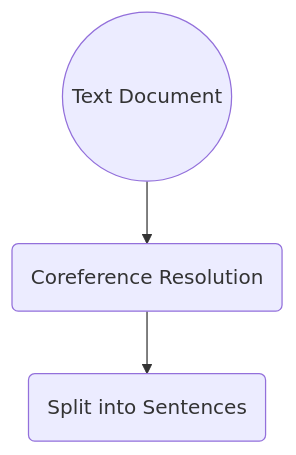
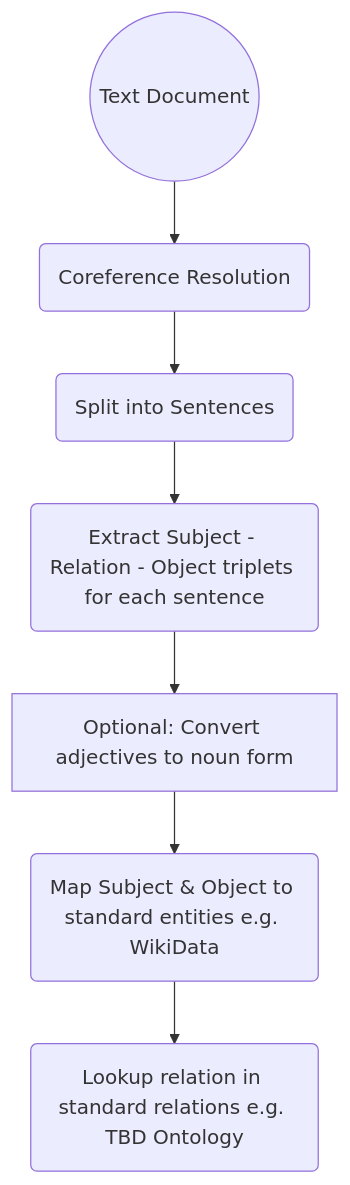
Before and after one commit to sunnymax2002/machine-reasoning: the diagram in README.md, drawn with Mermaid. The commit also changed 1 other file, not shown here.

Commit message:
minor edit

````diff
--- a/README.md
+++ b/README.md
@@ -12,6 +12,9 @@
 ```mermaid
 flowchart TD
     A((Text Document)) --> B(Coreference Resolution)
     B --> C(Split into Sentences)
-    
+    C --> D(Extract Subject - Relation - Object triplets for each sentence)
+    D --> E[Optional: Convert adjectives to noun form]
+    E --> F(Map Subject & Object to standard entities e.g. WikiData)
+    F --> G(Lookup relation in standard relations e.g. TBD Ontology)
 ```
````
